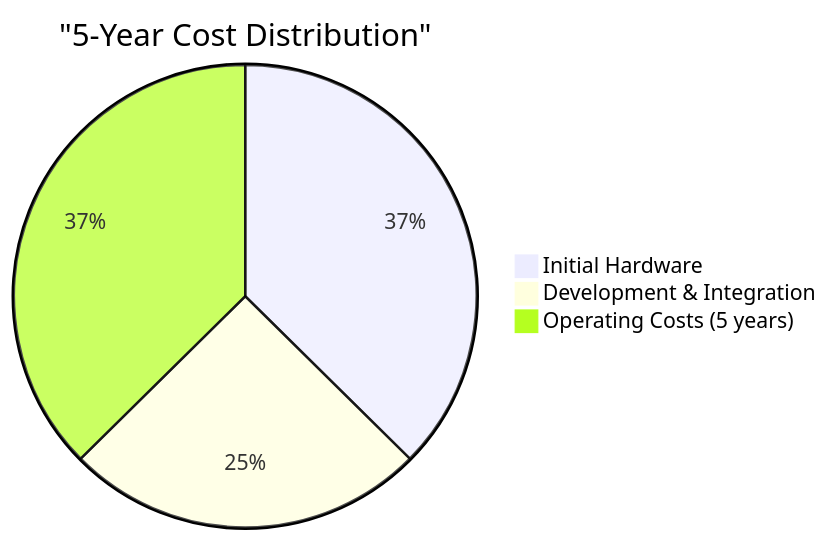
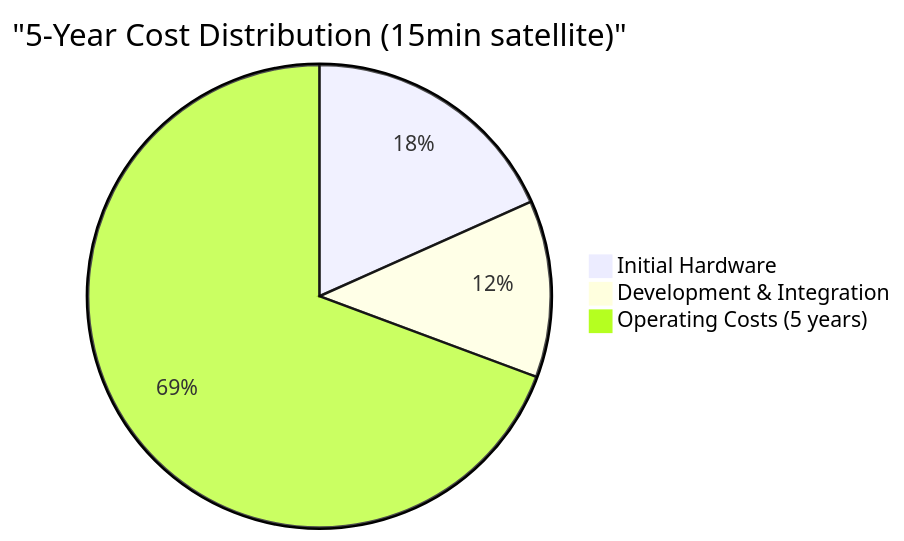
The ninth of 9 diagrams in docs/executive-summary.md (transnet-eduard-reitmann/locomotive-tracking-unit), drawn with Mermaid before and after one commit. The commit also changed other lines of this file and 8 other files, not shown here.

First line of the commit message:
docs: Update satellite communication costs and add Starlink integration framework

````diff
--- a/docs/executive-summary.md
+++ b/docs/executive-summary.md
@@ -267,6 +278,6 @@
 ```mermaid
-pie title "5-Year Cost Distribution"
+pie title "5-Year Cost Distribution (15min satellite)"
     "Initial Hardware" : 337.5
     "Development & Integration" : 227.5  
-    "Operating Costs (5 years)" : 337.5
+    "Operating Costs (5 years)" : 1277.7
 ```
````
